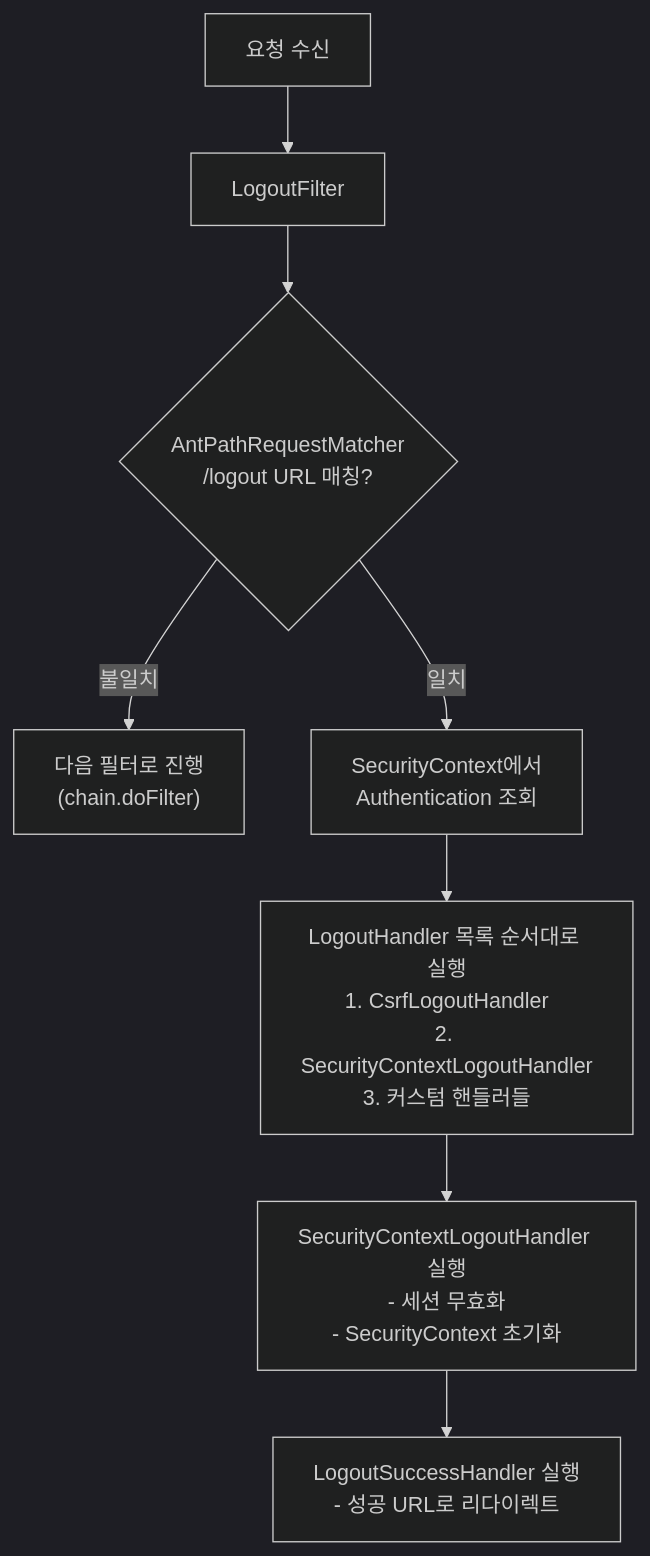
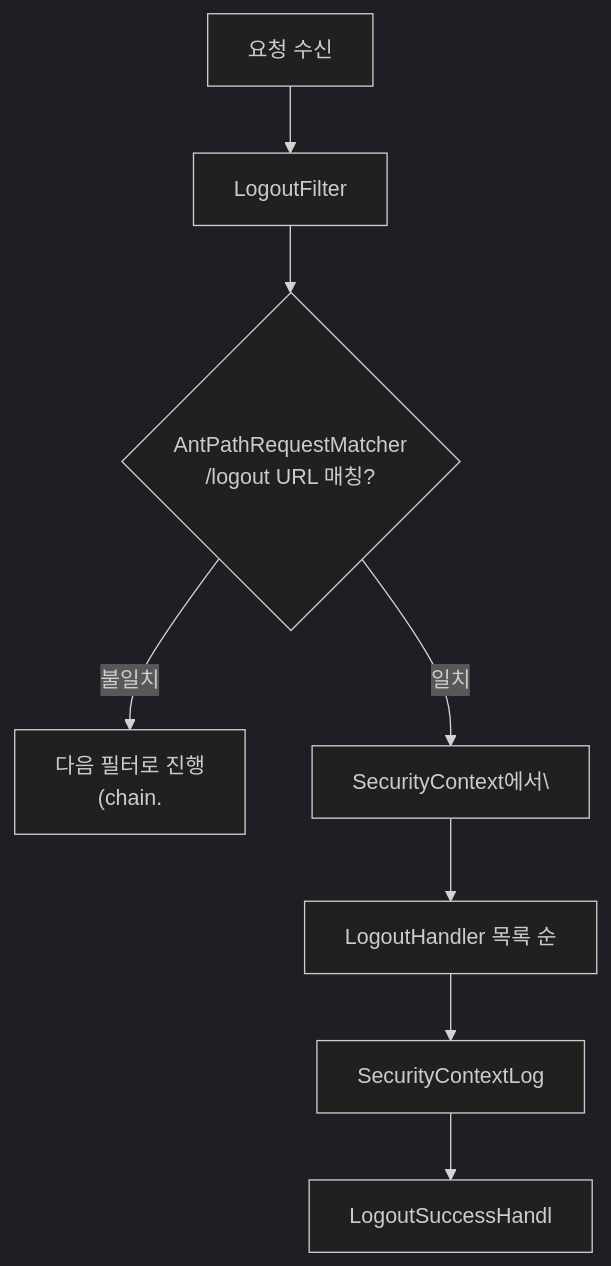
The second of 2 diagrams in _posts/security/2021-01-17-Logout.md (yjkim2015/yjkim2015.github.io), drawn with Mermaid (dark theme) before and after one commit. The commit also changed 271 other files, not shown here.

First line of the commit message:
Mermaid 라벨 축소: 긴 노드 텍스트 18자 이하로 트림 + \n 제거

````diff
--- a/_posts/security/2021-01-17-Logout.md
+++ b/_posts/security/2021-01-17-Logout.md
@@ -119,10 +119,10 @@
 ```mermaid
 flowchart TD
     A["요청 수신"] --> B["LogoutFilter"]
     B --> C{"AntPathRequestMatcher\n/logout URL 매칭?"}
-    C -- "불일치" --> D["다음 필터로 진행\n(chain.doFilter)"]
-    C -- "일치" --> E["SecurityContext에서\nAuthentication 조회"]
-    E --> F["LogoutHandler 목록 순서대로 실행\n1. CsrfLogoutHandler\n2. SecurityContextLogoutHandler\n3. 커스텀 핸들러들"]
-    F --> G["SecurityContextLogoutHandler 실행\n- 세션 무효화\n- SecurityContext 초기화"]
-    G --> H["LogoutSuccessHandler 실행\n- 성공 URL로 리다이렉트"]
+    C -- "불일치" --> D["다음 필터로 진행\n(chain."]
+    C -- "일치" --> E["SecurityContext에서\"]
+    E --> F["LogoutHandler 목록 순"]
+    F --> G["SecurityContextLog"]
+    G --> H["LogoutSuccessHandl"]
 ```
````
